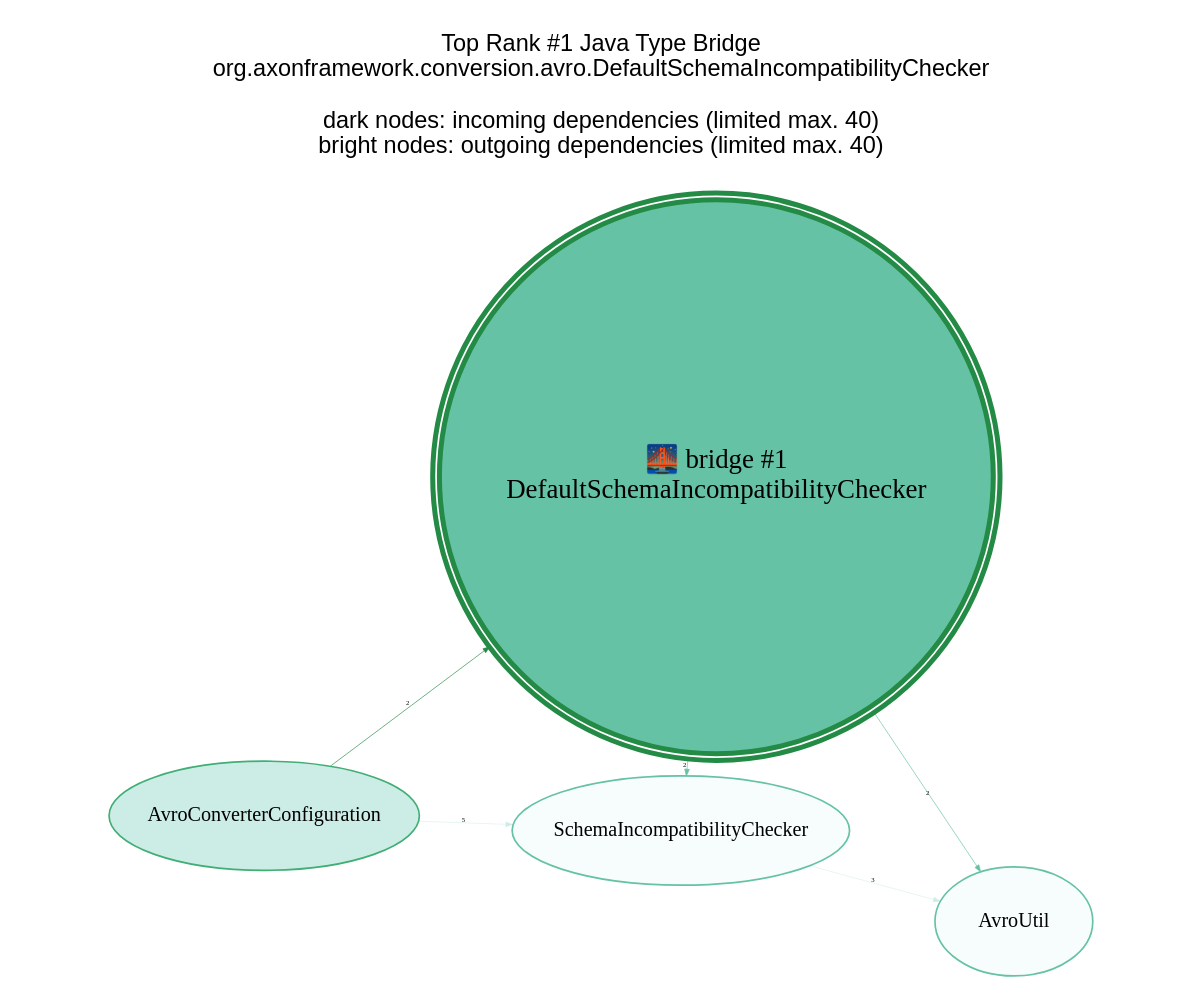
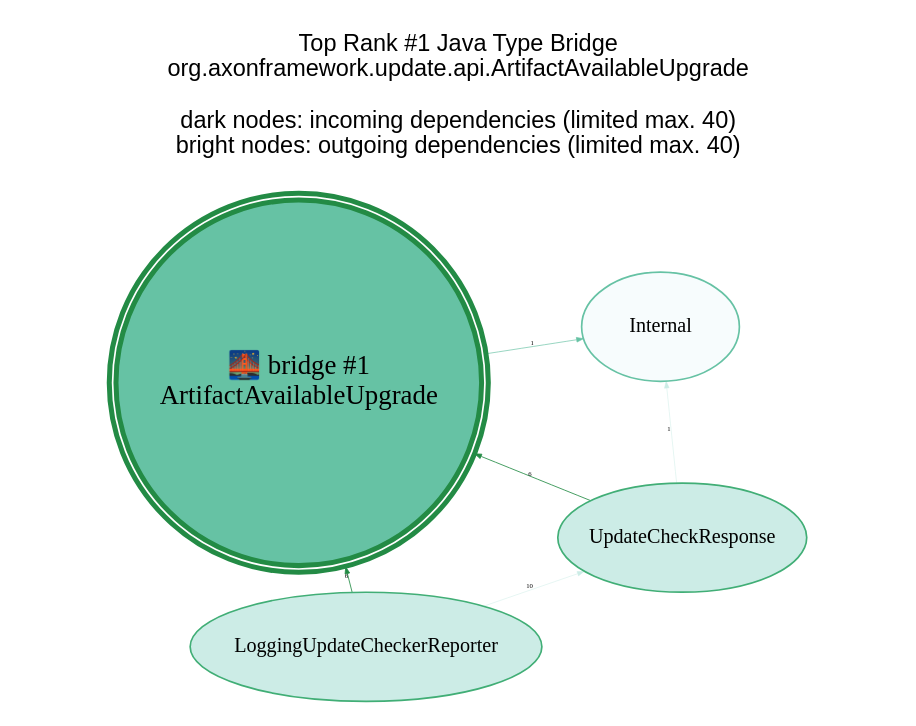
Before and after one commit to JohT/code-graph-analysis-examples: the diagram in analysis-results/AxonFramework/AxonFramework-5.0.3/anomaly-detection/Java_Type/GraphVisualizations/graphviz/TopBridge1.gv, drawn with Graphviz. The commit also changed 699 other files, not shown here.

```diff
--- a/analysis-results/AxonFramework/AxonFramework-5.0.3/anomaly-detection/Java_Type/GraphVisualizations/graphviz/TopBridge1.gv
+++ b/analysis-results/AxonFramework/AxonFramework-5.0.3/anomaly-detection/Java_Type/GraphVisualizations/graphviz/TopBridge1.gv
@@ -1,22 +1,22 @@
 // This GraphViz dot file was generated by the script convertQueryResultCsvToGraphVizDotFile.sh with TopCentral.template
 
 strict digraph TopBridge1 {
     graph [layout = "fdp"; start = "7"; splines = "spline"; pad = "0.8,0.1"; outputorder = "edgesfirst";];
     graph [fontname = "Helvetica,Arial,sans-serif"; labelloc = "t";];
     node [colorscheme = "bugn9"; color = 6; fillcolor = 3;];
     edge [colorscheme = "bugn9"; color = 7;];
     node [fontsize = 12; style = "filled"; margin = "0.03,0.03"; width="1.3"; height="0.9";];
     edge [fontsize = 4; arrowsize = "0.4";];
 
     central [shape = "doublecircle"; height = "2.0"; margin = "0.000001,0.000001";];
     central [fontsize = 16;];
     central [color = 7; fillcolor = 5; penwidth = 3;];
 
-	graph   [label="Top Rank #1 Java Type Bridge\norg.axonframework.conversion.avro.DefaultSchemaIncompatibilityChecker\n\ndark nodes: incoming dependencies (limited max. 40)\nbright nodes: outgoing dependencies (limited max. 40)\n\n"];
-	central [label="🌉 bridge #1\nDefaultSchemaIncompatibilityChecker"];
-	"AvroConverterConfiguration_15275" [label = "AvroConverterConfiguration"; ]; "AvroConverterConfiguration_15275" -> central [label=2; weight=2; penwidth=0.4];
-	"AvroUtil_15263" [label = "AvroUtil"; color = 5; fillcolor = 1; ]; central -> "AvroUtil_15263" [label=2; weight=2; penwidth=0.4; color = 5];
-	"SchemaIncompatibilityChecker_14111" [label = "SchemaIncompatibilityChecker"; color = 5; fillcolor = 1; ]; central -> "SchemaIncompatibilityChecker_14111" [label=2; weight=2; penwidth=0.4; color = 5];
-	"AvroConverterConfiguration_15275" -> "SchemaIncompatibilityChecker_14111" [label=5; weight=5; penwidth=0.3; color = 3]
-	"SchemaIncompatibilityChecker_14111" -> "AvroUtil_15263" [label=3; weight=3; penwidth=0.3; color = 3]
+	graph   [label="Top Rank #1 Java Type Bridge\norg.axonframework.update.api.ArtifactAvailableUpgrade\n\ndark nodes: incoming dependencies (limited max. 40)\nbright nodes: outgoing dependencies (limited max. 40)\n\n"];
+	central [label="🌉 bridge #1\nArtifactAvailableUpgrade"];
+	"LoggingUpdateCheckerReporter_39045" [label = "LoggingUpdateCheckerReporter"; ]; "LoggingUpdateCheckerReporter_39045" -> central [label=6; weight=6; penwidth=0.5];
+	"UpdateCheckResponse_39660" [label = "UpdateCheckResponse"; ]; "UpdateCheckResponse_39660" -> central [label=6; weight=6; penwidth=0.5];
+	"Internal_4198" [label = "Internal"; color = 5; fillcolor = 1; ]; central -> "Internal_4198" [label=1; weight=1; penwidth=0.4; color = 5];
+	"LoggingUpdateCheckerReporter_39045" -> "UpdateCheckResponse_39660" [label=10; weight=10; penwidth=0.3; color = 3]
+	"UpdateCheckResponse_39660" -> "Internal_4198" [label=1; weight=1; penwidth=0.3; color = 3]
 }
```
